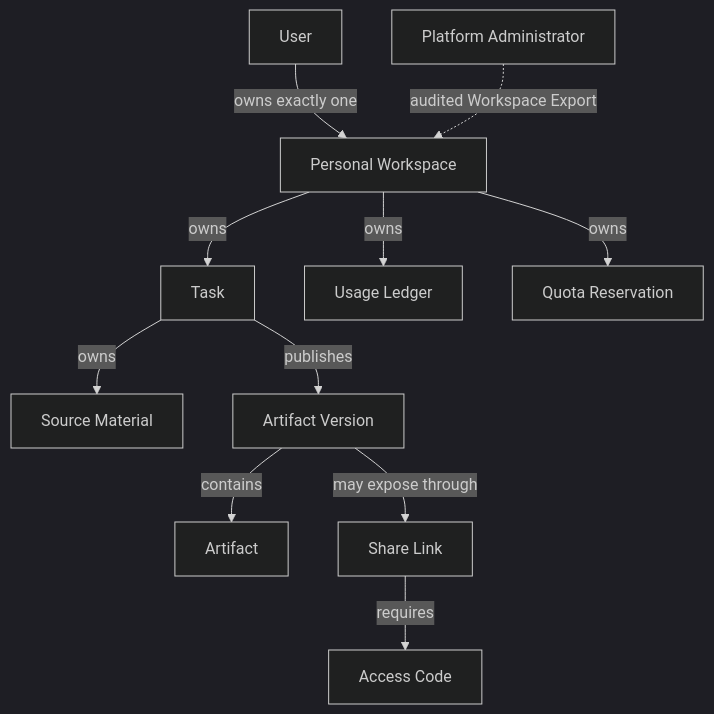
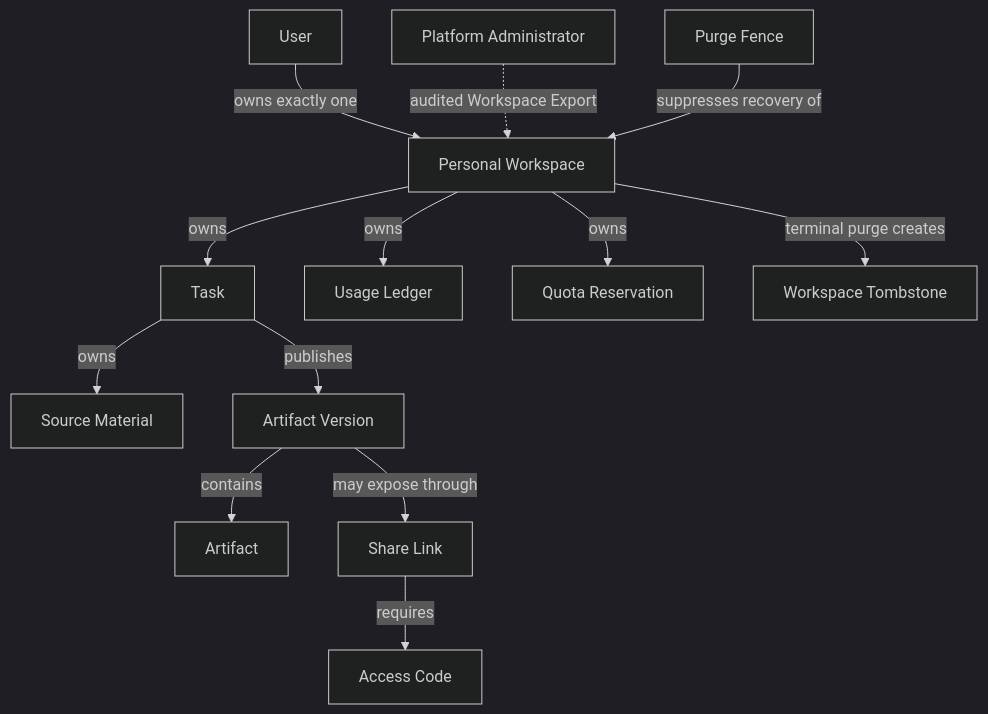
The first of 11 diagrams in docs/architecture/enterprise-domain-model.md (Vt00ls/SlideSmith), drawn with Mermaid (dark theme) before and after one commit. The commit also changed other lines of this file and 9 other files, not shown here.

Commit message:
docs: define workspace export purge contract

````diff
--- a/docs/architecture/enterprise-domain-model.md
+++ b/docs/architecture/enterprise-domain-model.md
@@ -11,13 +11,15 @@
 ```mermaid
 flowchart TD
     User -->|owns exactly one| PersonalWorkspace[Personal Workspace]
     PersonalWorkspace -->|owns| Task
     PersonalWorkspace -->|owns| UsageLedger[Usage Ledger]
     PersonalWorkspace -->|owns| QuotaReservation[Quota Reservation]
     Task -->|owns| SourceMaterial[Source Material]
     Task -->|publishes| ArtifactVersion[Artifact Version]
     ArtifactVersion -->|contains| Artifact
     ArtifactVersion -->|may expose through| ShareLink[Share Link]
     ShareLink -->|requires| AccessCode[Access Code]
     PlatformAdministrator[Platform Administrator] -. audited Workspace Export .-> PersonalWorkspace
+    PersonalWorkspace -->|terminal purge creates| WorkspaceTombstone[Workspace Tombstone]
+    PurgeFence[Purge Fence] -->|suppresses recovery of| PersonalWorkspace
 ```
````
